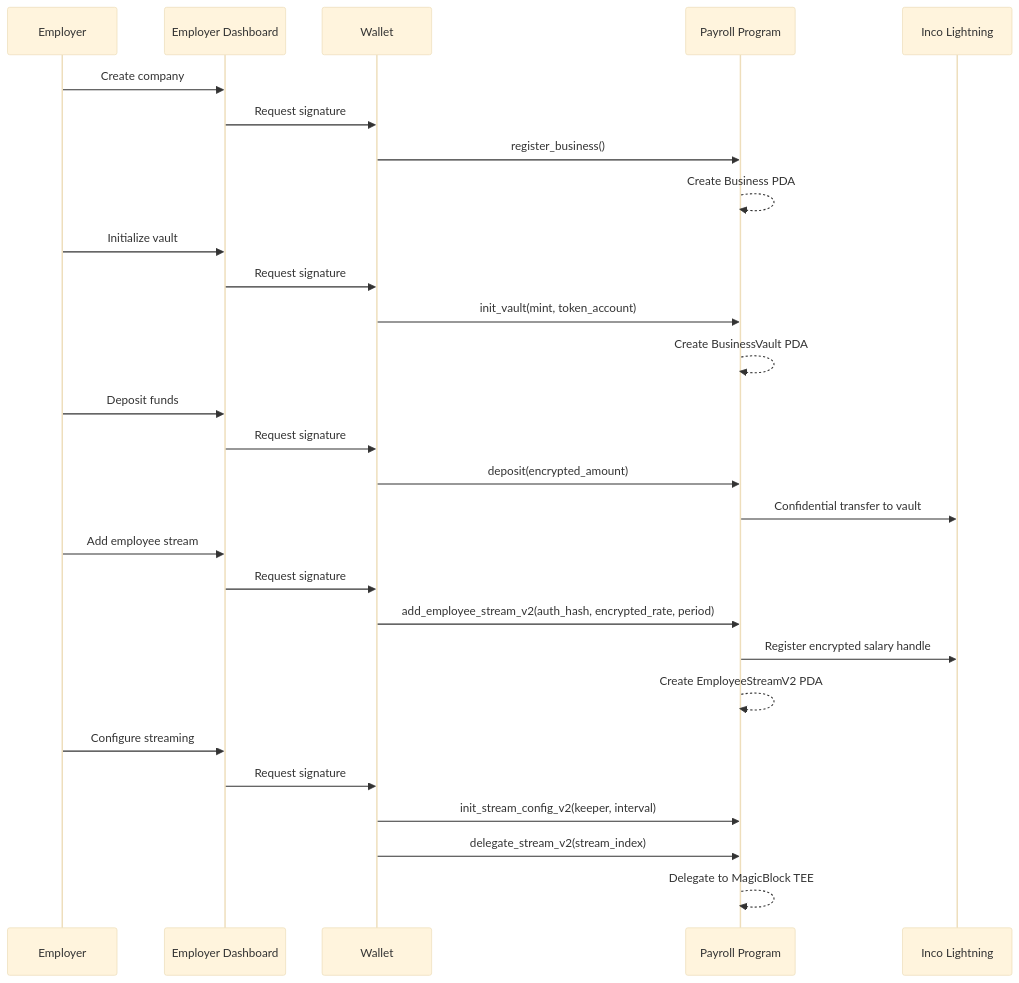
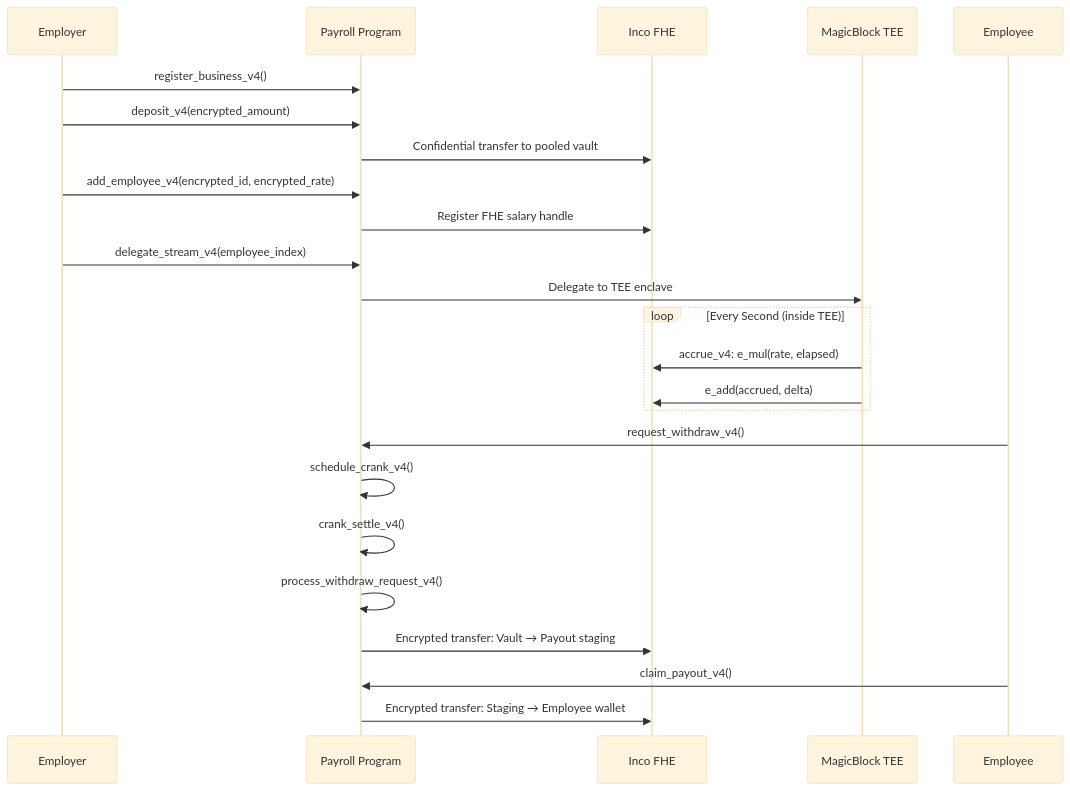
Before and after one commit to shumhn/Expensee: the first of 3 diagrams in README.md, drawn with Mermaid (base theme). The commit also changed other lines of this file, not shown here.

````diff
--- a/README.md
+++ b/README.md
@@ -314,35 +105,30 @@
 ```mermaid
 sequenceDiagram
     participant E as Employer
-    participant UI as Employer Dashboard
-    participant W as Wallet
     participant P as Payroll Program
-    participant I as Inco Lightning
+    participant I as Inco FHE
+    participant MB as MagicBlock TEE
+    participant W as Employee
 
-    E->>UI: Create company
-    UI->>W: Request signature
-    W->>P: register_business()
-    P-->>P: Create Business PDA
+    E->>P: register_business_v4()
+    E->>P: deposit_v4(encrypted_amount)
+    P->>I: Confidential transfer to pooled vault
+    E->>P: add_employee_v4(encrypted_id, encrypted_rate)
+    P->>I: Register FHE salary handle
 
-    E->>UI: Initialize vault
-    UI->>W: Request signature
-    W->>P: init_vault(mint, token_account)
-    P-->>P: Create BusinessVault PDA
+    E->>P: delegate_stream_v4(employee_index)
+    P->>MB: Delegate to TEE enclave
 
-    E->>UI: Deposit funds
-    UI->>W: Request signature
-    W->>P: deposit(encrypted_amount)
-    P->>I: Confidential transfer to vault
+    loop Every Second (inside TEE)
+        MB->>I: accrue_v4: e_mul(rate, elapsed)
+        MB->>I: e_add(accrued, delta)
+    end
 
-    E->>UI: Add employee stream
-    UI->>W: Request signature
-    W->>P: add_employee_stream_v2(auth_hash, encrypted_rate, period)
-    P->>I: Register encrypted salary handle
-    P-->>P: Create EmployeeStreamV2 PDA
-
-    E->>UI: Configure streaming
-    UI->>W: Request signature
-    W->>P: init_stream_config_v2(keeper, interval)
-    W->>P: delegate_stream_v2(stream_index)
-    P-->>P: Delegate to MagicBlock TEE
+    W->>P: request_withdraw_v4()
+    P->>P: schedule_crank_v4()
+    P->>P: crank_settle_v4()
+    P->>P: process_withdraw_request_v4()
+    P->>I: Encrypted transfer: Vault → Payout staging
+    W->>P: claim_payout_v4()
+    P->>I: Encrypted transfer: Staging → Employee wallet
 ```
````
